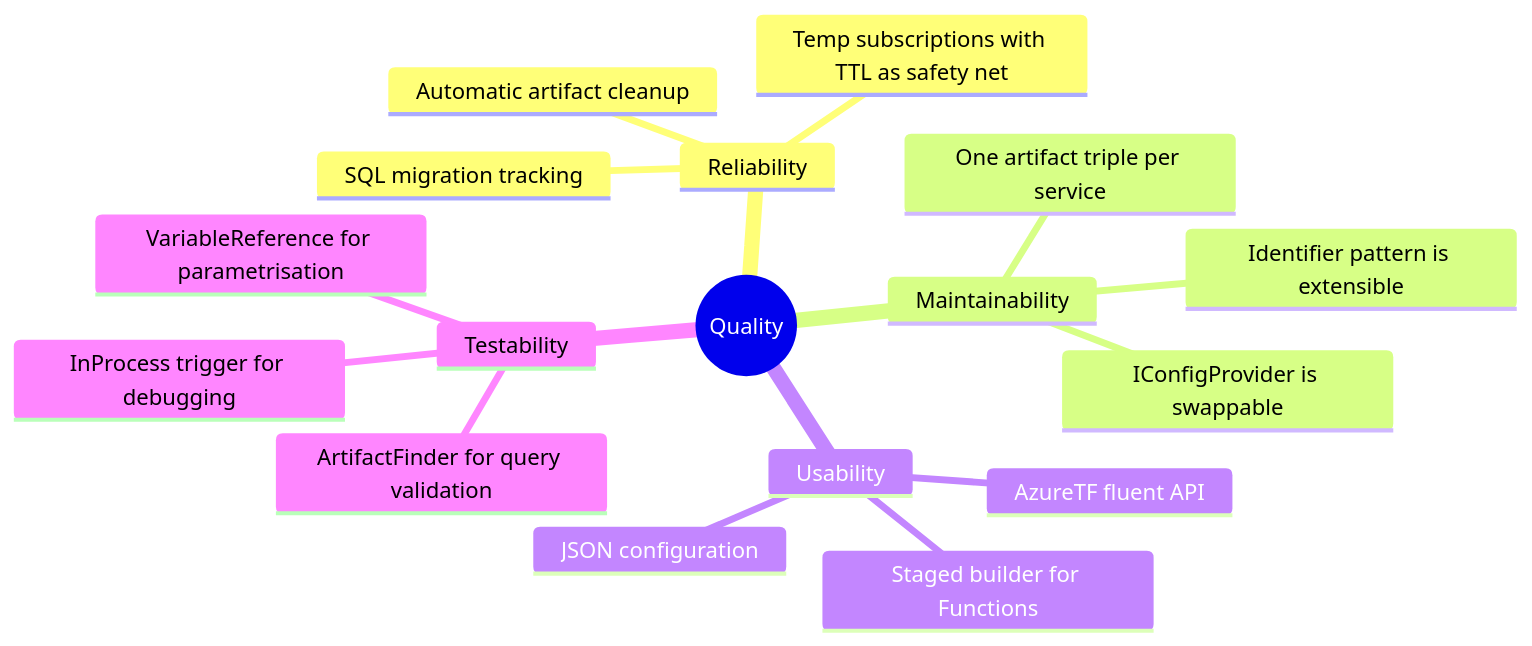
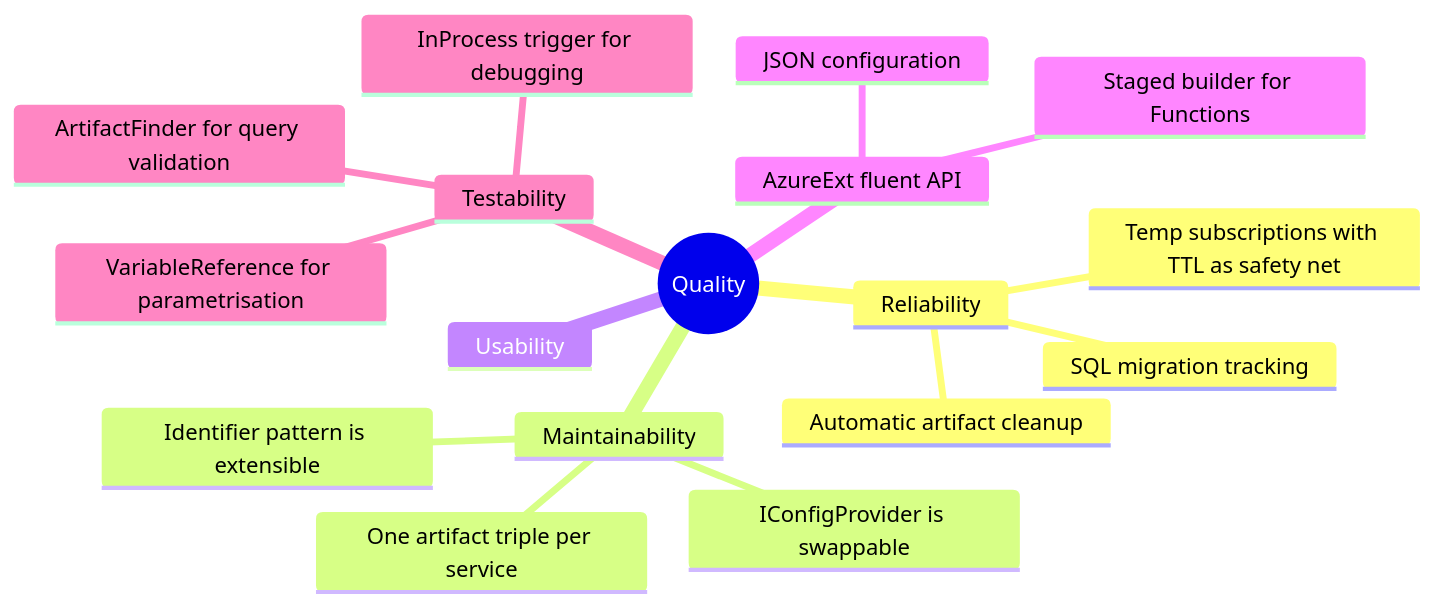
One commit to DeadMoon0/TestFramework-Azure changed diagram 17 of 17 in Documentation/Arc42.md. Above: the diagram before and after it, drawn with Mermaid. The commit also changed other lines of this file and 28 other files, not shown here.

````diff
--- a/Documentation/Arc42.md
+++ b/Documentation/Arc42.md
@@ -774,20 +774,20 @@
 ```mermaid
 mindmap
   root((Quality))
     Reliability
       Automatic artifact cleanup
       Temp subscriptions with TTL as safety net
       SQL migration tracking
     Maintainability
       One artifact triple per service
       Identifier pattern is extensible
       IConfigProvider is swappable
     Usability
-      AzureTF fluent API
+    AzureExt fluent API
       Staged builder for Functions
       JSON configuration
     Testability
       InProcess trigger for debugging
       VariableReference for parametrisation
       ArtifactFinder for query validation
 ```
````
